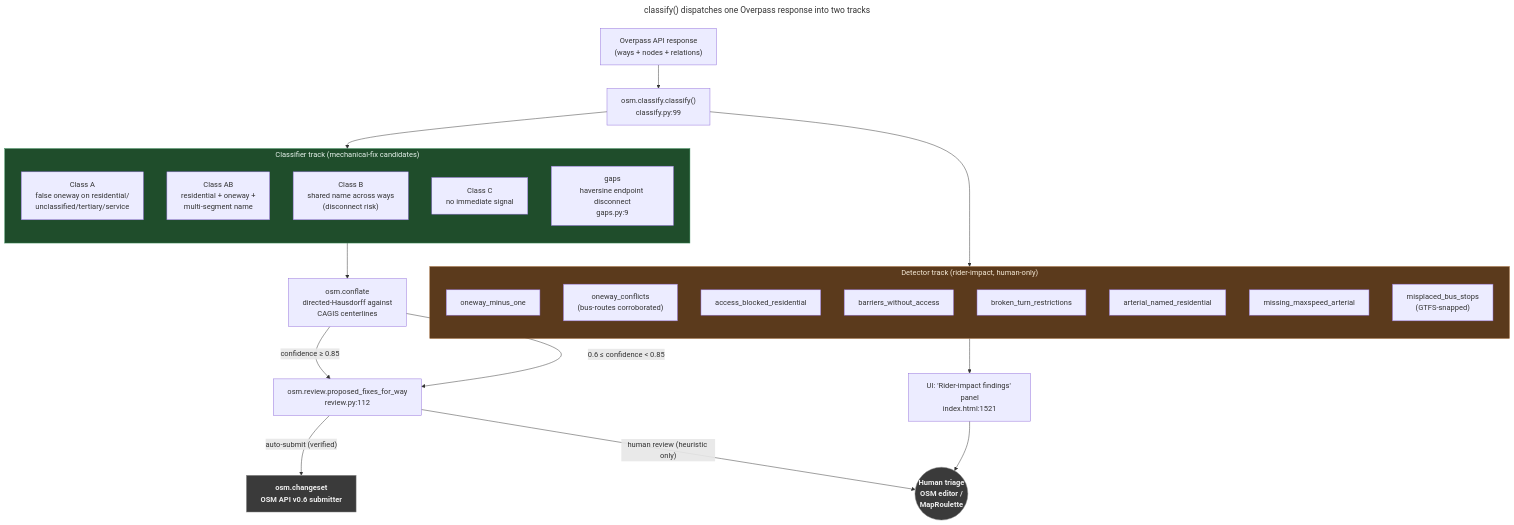
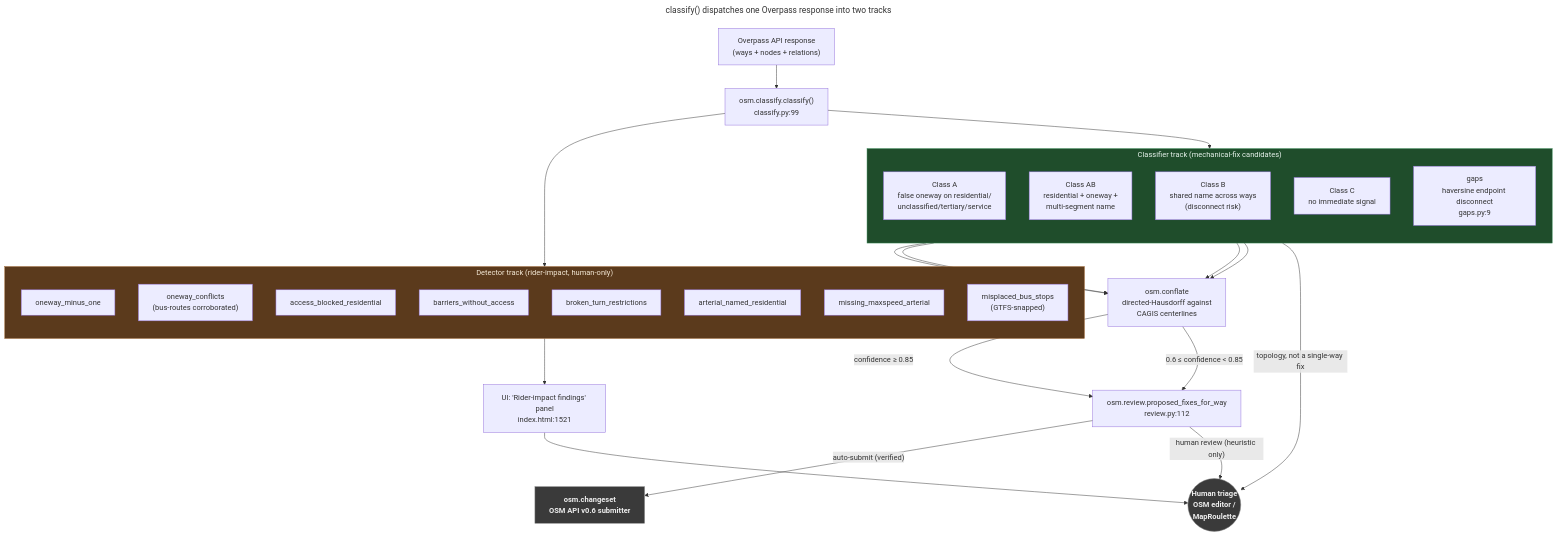
Before and after one commit to AICincy/MetroNow: the diagram in docs/explainers/detector-taxonomy.md, drawn with Mermaid. The commit also changed other lines of this file and 1 other file, not shown here.

````diff
--- a/docs/explainers/detector-taxonomy.md
+++ b/docs/explainers/detector-taxonomy.md
@@ -68,56 +77,60 @@
 ```mermaid
 ---
 title: classify() dispatches one Overpass response into two tracks
 ---
 flowchart TD
     Overpass["Overpass API response<br/>(ways + nodes + relations)"]
     Classify["osm.classify.classify()<br/>classify.py:99"]
 
     Overpass --> Classify
 
     subgraph ClassifierTrack["Classifier track (mechanical-fix candidates)"]
         direction TB
         ClassA["Class A<br/>false oneway on residential/<br/>unclassified/tertiary/service"]
         ClassAB["Class AB<br/>residential + oneway +<br/>multi-segment name"]
         ClassB["Class B<br/>shared name across ways<br/>(disconnect risk)"]
         ClassC["Class C<br/>no immediate signal"]
         Gaps["gaps<br/>haversine endpoint disconnect<br/>gaps.py:9"]
     end
 
     subgraph DetectorTrack["Detector track (rider-impact, human-only)"]
         direction TB
         D1["oneway_minus_one"]
         D2["oneway_conflicts<br/>(bus-routes corroborated)"]
         D3["access_blocked_residential"]
         D4["barriers_without_access"]
         D5["broken_turn_restrictions"]
         D6["arterial_named_residential"]
         D7["missing_maxspeed_arterial"]
         D8["misplaced_bus_stops<br/>(GTFS-snapped)"]
     end
 
     Classify --> ClassifierTrack
     Classify --> DetectorTrack
 
     Conflate["osm.conflate<br/>directed-Hausdorff against<br/>CAGIS centerlines"]
     Review["osm.review.proposed_fixes_for_way<br/>review.py:112"]
     Changeset["osm.changeset<br/>OSM API v0.6 submitter"]
     UIPanel["UI: 'Rider-impact findings' panel<br/>index.html:1521"]
     Triage(("Human triage<br/>OSM editor /<br/>MapRoulette"))
 
-    ClassifierTrack --> Conflate
+    ClassA --> Conflate
+    ClassAB --> Conflate
+    ClassB --> Conflate
+    ClassC --> Conflate
+    Gaps -- "topology, not a single-way fix" --> Triage
     Conflate -- "confidence ≥ 0.85" --> Review
     Conflate -- "0.6 ≤ confidence < 0.85" --> Review
     Review -- "auto-submit (verified)" --> Changeset
     Review -- "human review (heuristic only)" --> Triage
 
     DetectorTrack --> UIPanel
     UIPanel --> Triage
 
     classDef safe fill:#1f4d2b,stroke:#3b8c5a,color:#e8f3ec
     classDef judgment fill:#5b3a1c,stroke:#a06632,color:#f5ead7
     classDef gate fill:#3a3a3a,stroke:#888,color:#eee,font-weight:bold
     class ClassifierTrack safe
     class DetectorTrack judgment
     class Changeset,Triage gate
 ```
````
